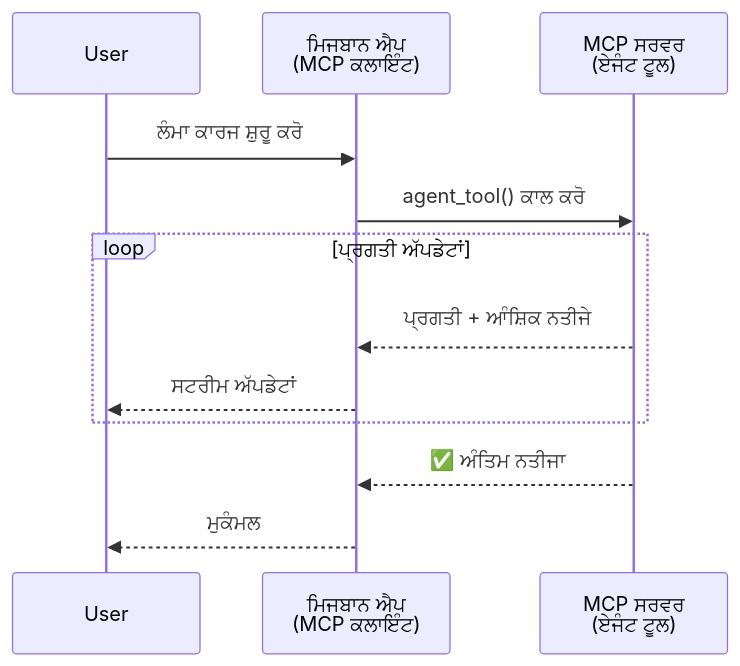
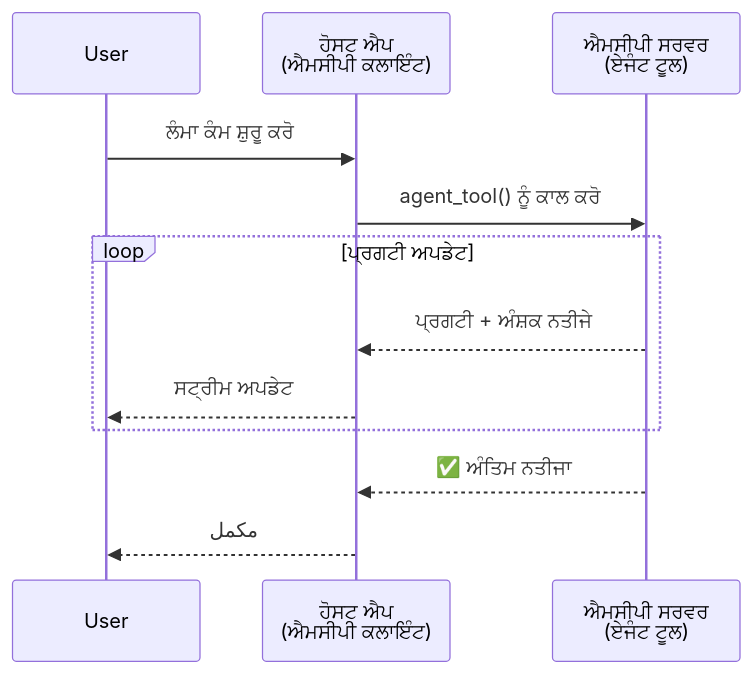
The first of 5 diagrams in mirrors/repos/microsoft@ai-agents-for-beginners/translations/pa/11-agentic-protocols/code_samples/mcp-agents/README.md (gabrielmoreira/agent-skills-mirror), drawn with Mermaid before and after one commit. The commit also changed other lines of this file and 4262 other files, not shown here.

````diff
--- a/mirrors/repos/microsoft@ai-agents-for-beginners/translations/pa/11-agentic-protocols/code_samples/mcp-agents/README.md
+++ b/mirrors/repos/microsoft@ai-agents-for-beginners/translations/pa/11-agentic-protocols/code_samples/mcp-agents/README.md
@@ -46,17 +46,17 @@
 ```mermaid
 sequenceDiagram
     participant User
-    participant Host as ਮਿਜਬਾਨ ਐਪ<br/>(MCP ਕਲਾਇੰਟ)
-    participant Server as MCP ਸਰਵਰ<br/>(ਏਜੰਟ ਟੂਲ)
+    participant Host as ਹੋਸਟ ਐਪ<br/>(ਐਮਸੀਪੀ ਕਲਾਇੰਟ)
+    participant Server as ਐਮਸੀਪੀ ਸਰਵਰ<br/>(ਏਜੰਟ ਟੂਲ)
 
-    User->>Host: ਲੰਮਾ ਕਾਰਜ ਸ਼ੁਰੂ ਕਰੋ
-    Host->>Server: agent_tool() ਕਾਲ ਕਰੋ
+    User->>Host: ਲੰਮਾ ਕੰਮ ਸ਼ੁਰੂ ਕਰੋ
+    Host->>Server: agent_tool() ਨੂੰ ਕਾਲ ਕਰੋ
 
-    loop ਪ੍ਰਗਤੀ ਅੱਪਡੇਟਾਂ
-        Server-->>Host: ਪ੍ਰਗਤੀ + ਆੰਸ਼ਿਕ ਨਤੀਜੇ
-        Host-->>User: ਸਟਰੀਮ ਅੱਪਡੇਟਾਂ
+    loop ਪ੍ਰਗਟੀ ਅਪਡੇਟ
+        Server-->>Host: ਪ੍ਰਗਟੀ + ਅੰਸ਼ਕ ਨਤੀਜੇ
+        Host-->>User: ਸਟ੍ਰੀਮ ਅਪਡੇਟ
     end
 
     Server-->>Host: ✅ ਅੰਤਿਮ ਨਤੀਜਾ
-    Host-->>User: ਮੁਕੰਮਲ
+    Host-->>User: مکمل
 ```
````
